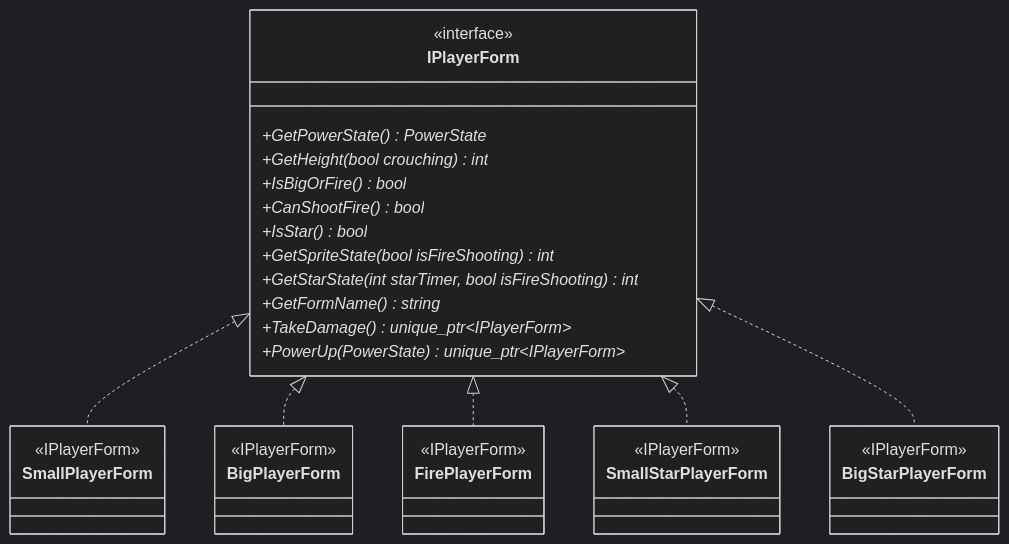
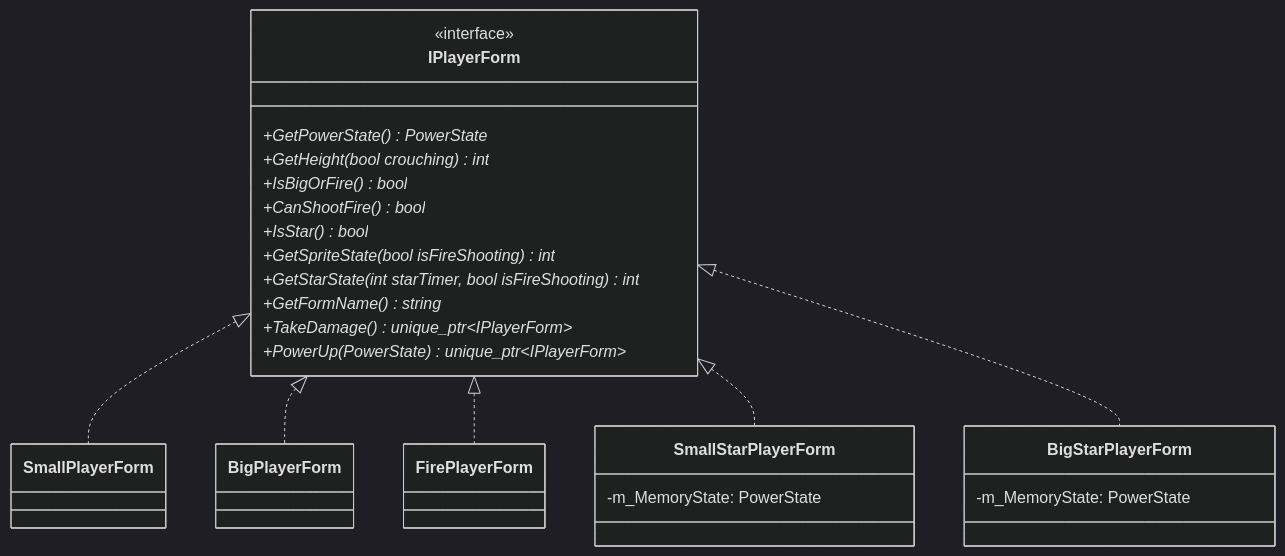
Before and after one commit to Andy87877/NTUT_OOPL_mario: diagram 12 of 23 in Constructure.md, drawn with Mermaid (dark theme). The commit also changed other lines of this file, not shown here.

````diff
--- a/Constructure.md
+++ b/Constructure.md
@@ -802,30 +797,34 @@
 ```mermaid
 classDiagram
     direction TB
 
     class IPlayerForm {
         <<interface>>
         +GetPowerState() PowerState*
         +GetHeight(bool crouching) int*
         +IsBigOrFire() bool*
         +CanShootFire() bool*
         +IsStar() bool*
         +GetSpriteState(bool isFireShooting) int*
         +GetStarState(int starTimer, bool isFireShooting) int*
         +GetFormName() string*
         +TakeDamage() unique_ptr~IPlayerForm~*
         +PowerUp(PowerState) unique_ptr~IPlayerForm~*
     }
 
-    class SmallPlayerForm     { <<IPlayerForm>> }
-    class BigPlayerForm       { <<IPlayerForm>> }
-    class FirePlayerForm      { <<IPlayerForm>> }
-    class SmallStarPlayerForm { <<IPlayerForm>> }
-    class BigStarPlayerForm   { <<IPlayerForm>> }
+    class SmallPlayerForm
+    class BigPlayerForm
+    class FirePlayerForm
+    class SmallStarPlayerForm {
+        -m_MemoryState: PowerState
+    }
+    class BigStarPlayerForm {
+        -m_MemoryState: PowerState
+    }
 
     IPlayerForm <|.. SmallPlayerForm
     IPlayerForm <|.. BigPlayerForm
     IPlayerForm <|.. FirePlayerForm
     IPlayerForm <|.. SmallStarPlayerForm
     IPlayerForm <|.. BigStarPlayerForm
 ```
````
